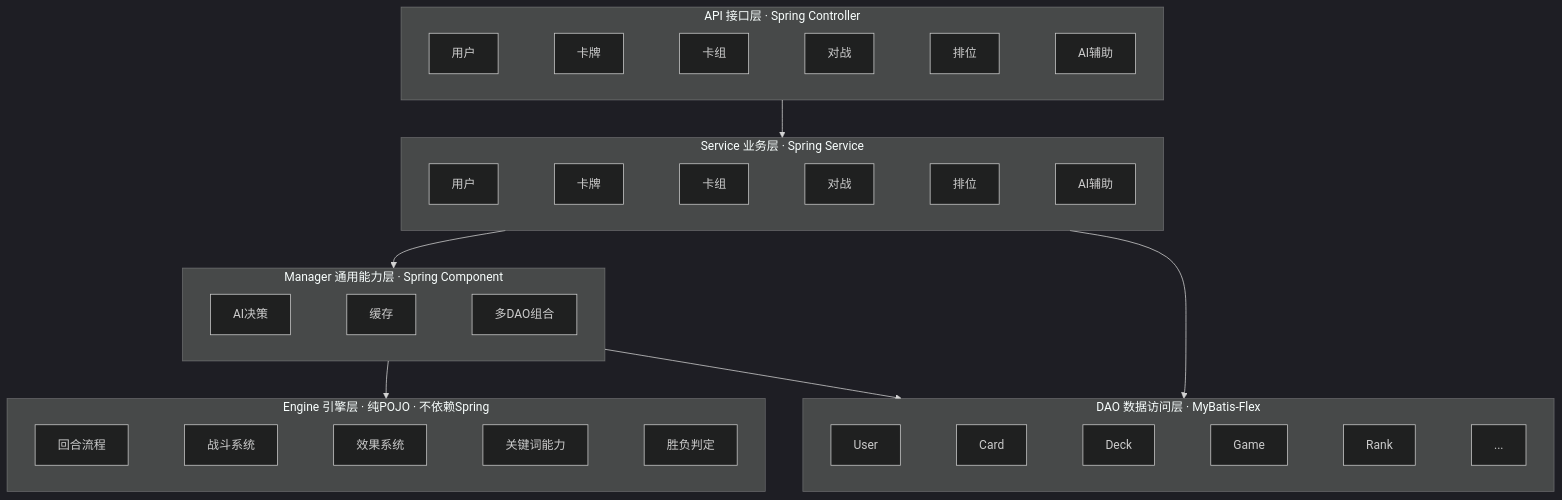
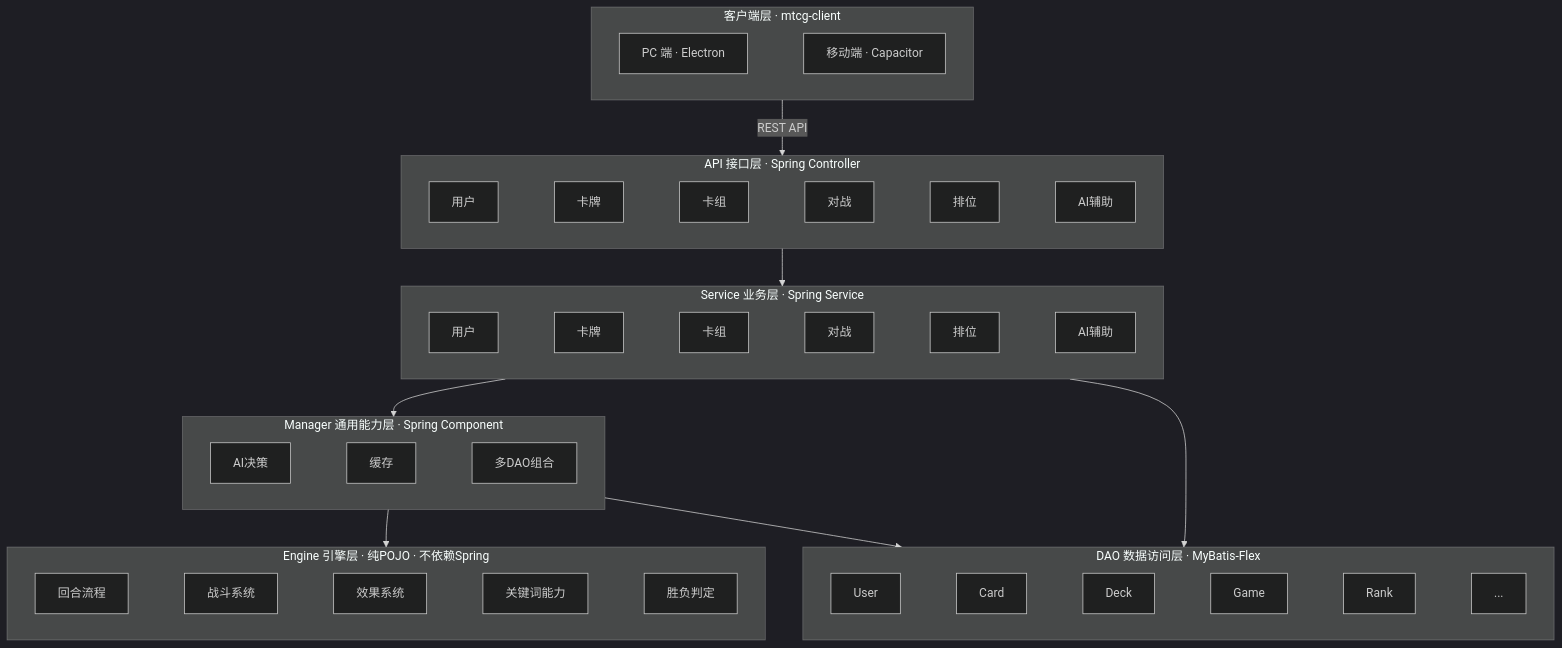
The diagram in docs/设计文档/01-需求分析.md (yuJunOk/mtcg), drawn with Mermaid (dark theme) before and after one commit. The commit also changed other lines of this file and 34 other files, not shown here.

Commit message:
feat: 新建mtcg-client前端Monorepo（Vue3+PixiJS+Electron/Capacitor）

````diff
--- a/docs/设计文档/01-需求分析.md
+++ b/docs/设计文档/01-需求分析.md
@@ -72,27 +72,32 @@
 ```mermaid
 flowchart TB
+    subgraph CLIENT["客户端层 · mtcg-client"]
+        direction LR
+        C1[PC 端 · Electron] ~~~ C2[移动端 · Capacitor]
+    end
     subgraph API["API 接口层 · Spring Controller"]
         direction LR
         A1[用户] ~~~ A2[卡牌] ~~~ A3[卡组] ~~~ A4[对战] ~~~ A5[排位] ~~~ A6[AI辅助]
     end
     subgraph SVC["Service 业务层 · Spring Service"]
         direction LR
         S1[用户] ~~~ S2[卡牌] ~~~ S3[卡组] ~~~ S4[对战] ~~~ S5[排位] ~~~ S6[AI辅助]
     end
     subgraph MGR["Manager 通用能力层 · Spring Component"]
         direction LR
         M1[AI决策] ~~~ M2[缓存] ~~~ M3[多DAO组合]
     end
     subgraph ENG["Engine 引擎层 · 纯POJO · 不依赖Spring"]
         direction LR
         E1[回合流程] ~~~ E2[战斗系统] ~~~ E3[效果系统] ~~~ E4[关键词能力] ~~~ E5[胜负判定]
     end
     subgraph DAO["DAO 数据访问层 · MyBatis-Flex"]
         direction LR
         D1[User] ~~~ D2[Card] ~~~ D3[Deck] ~~~ D4[Game] ~~~ D5[Rank] ~~~ D6[...]
     end
 
+    CLIENT -->|REST API| API
     API --> SVC --> MGR --> ENG
     SVC --> DAO
     MGR --> DAO
 ```
````
